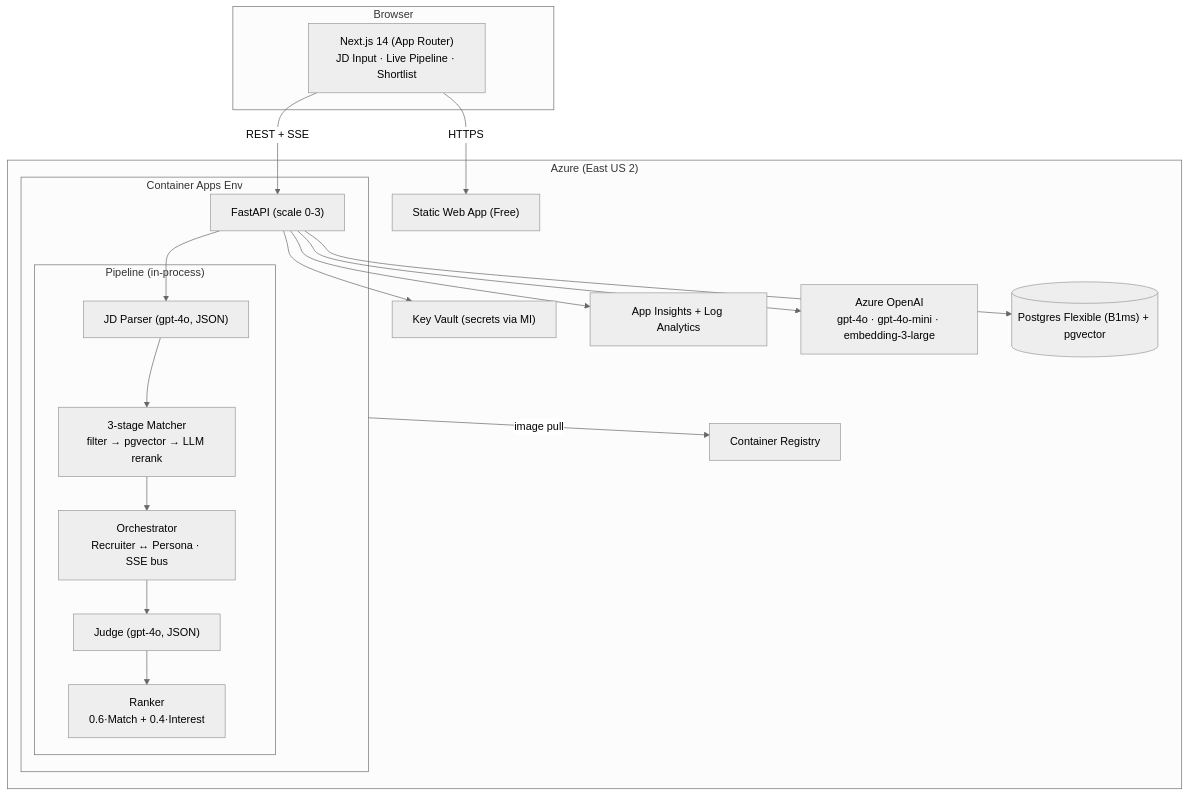
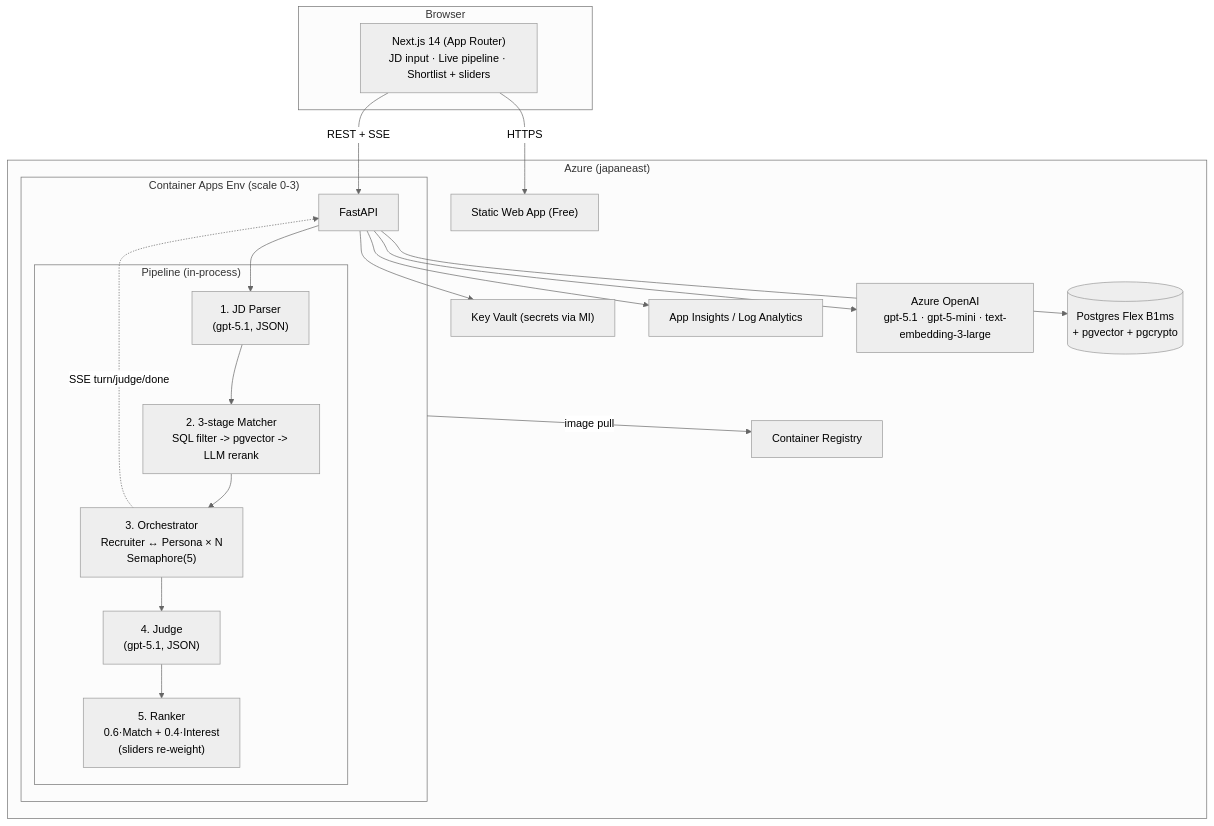
One commit to DandaAkhilReddy/recruiter_agent changed the diagram in docs/architecture.md. Above: the diagram before and after it, drawn with Mermaid. The commit also changed other lines of this file, not shown here.

First line of the commit message:
docs(architecture): expand scoring logic with rubric + weight rationale (#12)

````diff
--- a/docs/architecture.md
+++ b/docs/architecture.md
@@ -5,35 +10,36 @@
 ```mermaid
 %%{ init: { 'theme':'neutral', 'flowchart':{ 'curve':'basis' } } }%%
 flowchart TB
     subgraph Browser
-        UI["Next.js 14 (App Router)<br/>JD Input · Live Pipeline · Shortlist"]
+        UI["Next.js 14 (App Router)<br/>JD input · Live pipeline · Shortlist + sliders"]
     end
 
-    subgraph Azure["Azure (East US 2)"]
+    subgraph Azure["Azure (japaneast)"]
         SWA["Static Web App (Free)"]
         ACR["Container Registry"]
         KV["Key Vault (secrets via MI)"]
-        AI["App Insights + Log Analytics"]
-        AOAI["Azure OpenAI<br/>gpt-4o · gpt-4o-mini · embedding-3-large"]
-        PG[("Postgres Flexible (B1ms) + pgvector")]
-        subgraph ACA["Container Apps Env"]
-            API["FastAPI (scale 0-3)"]
+        AI["App Insights / Log Analytics"]
+        AOAI["Azure OpenAI<br/>gpt-5.1 · gpt-5-mini · text-embedding-3-large"]
+        PG[("Postgres Flex B1ms<br/>+ pgvector + pgcrypto")]
+        subgraph ACA["Container Apps Env (scale 0-3)"]
+            API["FastAPI"]
             subgraph Pipeline["Pipeline (in-process)"]
-                PARSE["JD Parser (gpt-4o, JSON)"]
-                MATCH["3-stage Matcher<br/>filter → pgvector → LLM rerank"]
-                ORCH["Orchestrator<br/>Recruiter ↔ Persona · SSE bus"]
-                JUDGE["Judge (gpt-4o, JSON)"]
-                RANK["Ranker<br/>0.6·Match + 0.4·Interest"]
+                PARSE["1. JD Parser<br/>(gpt-5.1, JSON)"]
+                MATCH["2. 3-stage Matcher<br/>SQL filter -> pgvector -> LLM rerank"]
+                ORCH["3. Orchestrator<br/>Recruiter ↔ Persona × N<br/>Semaphore(5)"]
+                JUDGE["4. Judge<br/>(gpt-5.1, JSON)"]
+                RANK["5. Ranker<br/>0.6·Match + 0.4·Interest<br/>(sliders re-weight)"]
             end
             API --> PARSE --> MATCH --> ORCH --> JUDGE --> RANK
+            ORCH -. SSE turn/judge/done .-> API
         end
     end
 
     UI -->|HTTPS| SWA
     UI -->|REST + SSE| API
     API --> PG
     API --> AOAI
     API --> KV
     API --> AI
     ACA -->|image pull| ACR
 ```
````
